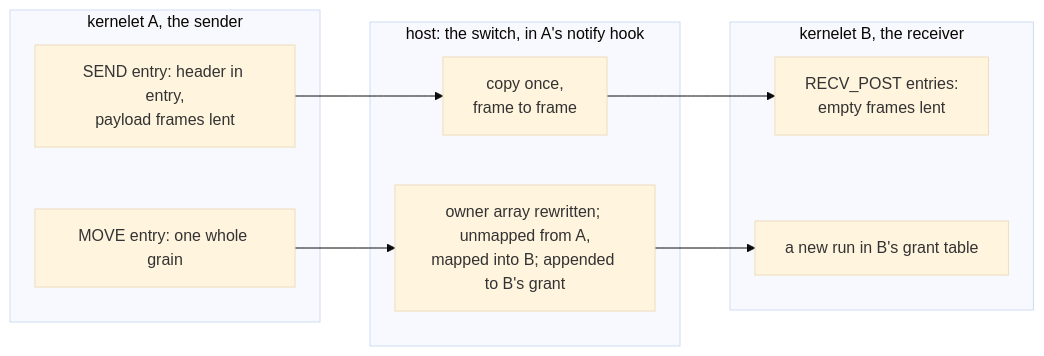
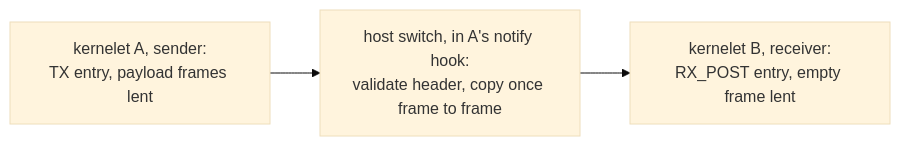
Before and after one commit to tatetian/kernelet-book: the fourth of 4 diagrams in src/blueprint/design/zero-copy-io.md, drawn with Mermaid (base theme). The commit also changed other lines of this file and 5 other files, not shown here.

````diff
--- a/src/blueprint/design/zero-copy-io.md
+++ b/src/blueprint/design/zero-copy-io.md
@@ -143,17 +140,4 @@
 ```mermaid
 flowchart LR
-  subgraph ks ["kernelet A, the sender"]
-    sa[SEND entry: header in entry,<br/>payload frames lent]
-    ma[MOVE entry: one whole grain]
-  end
-  subgraph hk ["host: the switch, in A's notify hook"]
-    cp[copy once,<br/>frame to frame]
-    mv[owner array rewritten; unmapped from A,<br/>mapped into B; appended to B's grant]
-  end
-  subgraph kr ["kernelet B, the receiver"]
-    rb[RECV_POST entries:<br/>empty frames lent]
-    gb[a new run in B's grant table]
-  end
-  sa --> cp --> rb
-  ma --> mv --> gb
+  sa[kernelet A, sender:<br/>TX entry, payload frames lent] --> cp[host switch, in A's notify hook:<br/>validate header, copy once frame to frame] --> rb[kernelet B, receiver:<br/>RX_POST entry, empty frame lent]
 ```
````
